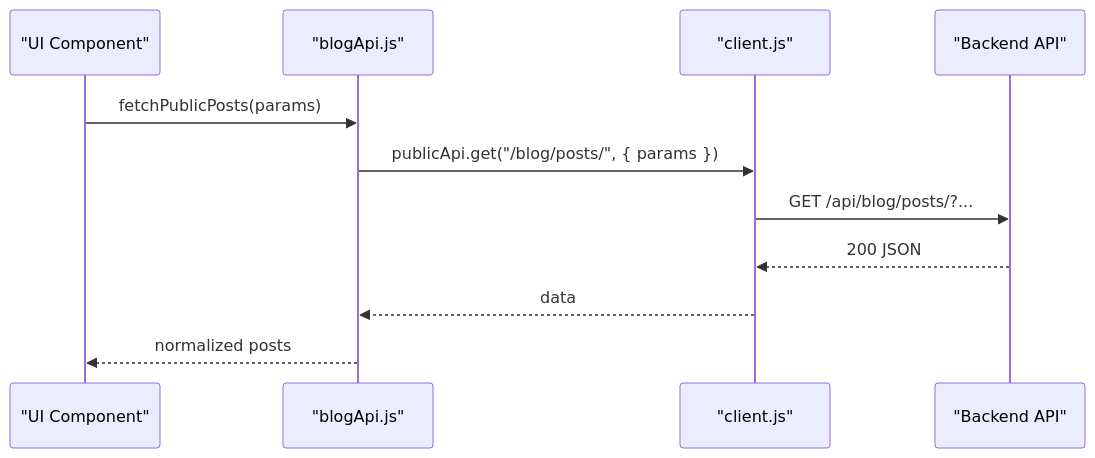
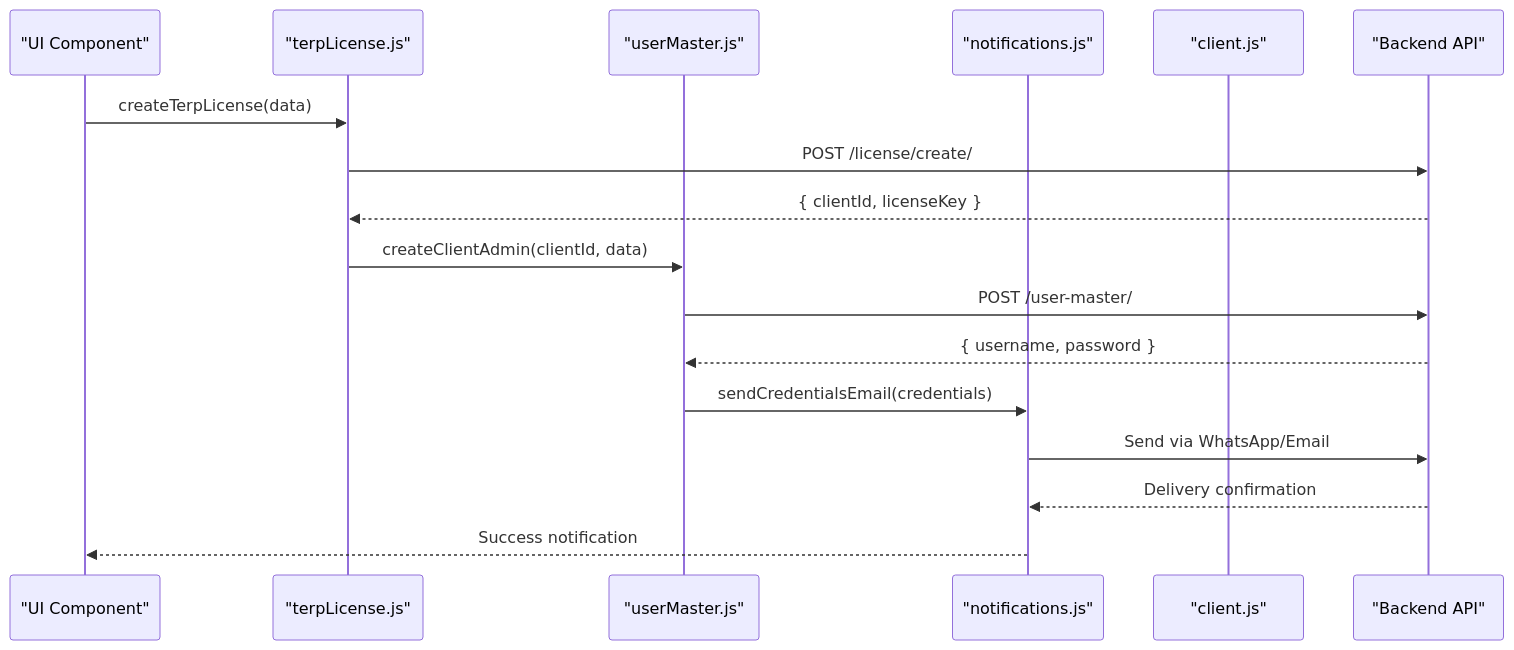
One commit to imcbsglobal/TRELLISCO_ERP_FRONTEND changed the second of 11 diagrams in .qoder/repowiki/en/content/Application Architecture/API Integration Patterns.md. Above: the diagram before and after it, drawn with Mermaid. The commit also changed other lines of this file and 35 other files, not shown here.

````diff
--- a/.qoder/repowiki/en/content/Application Architecture/API Integration Patterns.md
+++ b/.qoder/repowiki/en/content/Application Architecture/API Integration Patterns.md
@@ -116,13 +151,19 @@
 ```mermaid
 sequenceDiagram
 participant UI as "UI Component"
-participant BlogSvc as "blogApi.js"
+participant LicenseSvc as "terpLicense.js"
+participant UserSvc as "userMaster.js"
+participant NotifySvc as "notifications.js"
 participant Client as "client.js"
 participant Server as "Backend API"
-UI->>BlogSvc : fetchPublicPosts(params)
-BlogSvc->>Client : publicApi.get("/blog/posts/", { params })
-Client->>Server : GET /api/blog/posts/?...
-Server-->>Client : 200 JSON
-Client-->>BlogSvc : data
-BlogSvc-->>UI : normalized posts
+UI->>LicenseSvc : createTerpLicense(data)
+LicenseSvc->>Server : POST /license/create/
+Server-->>LicenseSvc : { clientId, licenseKey }
+LicenseSvc->>UserSvc : createClientAdmin(clientId, data)
+UserSvc->>Server : POST /user-master/
+Server-->>UserSvc : { username, password }
+UserSvc->>NotifySvc : sendCredentialsEmail(credentials)
+NotifySvc->>Server : Send via WhatsApp/Email
+Server-->>NotifySvc : Delivery confirmation
+NotifySvc-->>UI : Success notification
 ```
````
